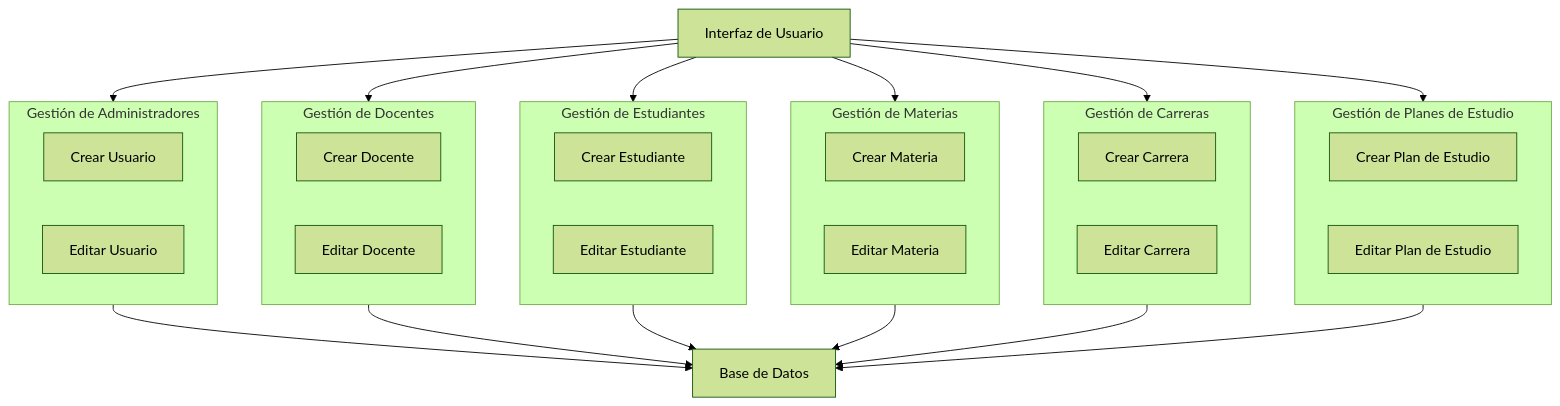
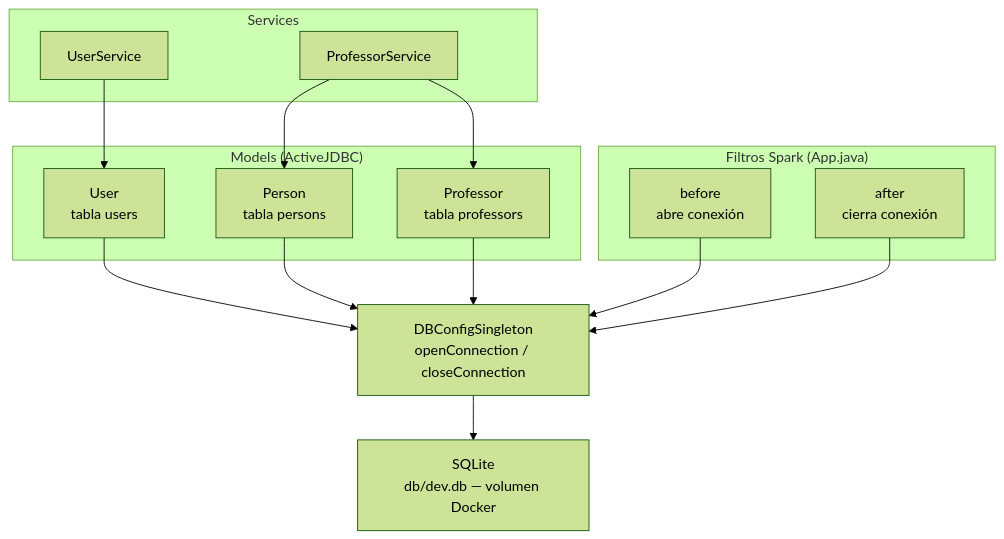
The second of 2 diagrams in Architecture_diagram.md (Ingenieria-Software-2/is2_2026_trabajo_integrador), drawn with Mermaid (forest theme) before and after one commit. The commit also changed other lines of this file, not shown here.

Commit message:
Refactor architecture diagram with components, routes, controller and persistence layer

````diff
--- a/Architecture_diagram.md
+++ b/Architecture_diagram.md
@@ -1,52 +38,32 @@
-``` mermaid
+```mermaid
 flowchart TD
-    UI["Interfaz de Usuario"]
-
-    subgraph S1 ["Gestión de Administradores"]
-        CU["Crear Usuario"]
-        EU["Editar Usuario"]
+    subgraph SERVICES ["Services"]
+        US["UserService"]
+        PS["ProfessorService"]
     end
 
-    subgraph S2 ["Gestión de Docentes"]
-        CD["Crear Docente"]
-        ED["Editar Docente"]
-
+    subgraph MODELS ["Models (ActiveJDBC)"]
+        MU["User\ntabla users"]
+        MP["Person\ntabla persons"]
+        MPR["Professor\ntabla professors"]
     end
 
-    subgraph S3 ["Gestión de Estudiantes"]
-        CE["Crear Estudiante"]
-        EE["Editar Estudiante"]
+    subgraph FILTERS ["Filtros Spark (App.java)"]
+        BF["before\nabre conexión"]
+        AF["after\ncierra conexión"]
     end
 
-    subgraph S4 ["Gestión de Materias"]
-        CM["Crear Materia"]
-        EM["Editar Materia"]
-    end
+    DB["DBConfigSingleton\nopenConnection / closeConnection"]
+    SQLite["SQLite\ndb/dev.db — volumen Docker"]
 
-    subgraph S5 ["Gestión de Carreras"]
-        CC["Crear Carrera"]
-        EC["Editar Carrera"]
-    end
-
-    subgraph S6["Gestión de Planes de Estudio"]
-        CPE["Crear Plan de Estudio"]
-        EPE["Editar Plan de Estudio"]
-    end
-
-    DB["Base de Datos"]
-
-    UI --> S1
-    UI --> S2
-    UI --> S3
-    UI --> S4
-    UI --> S5
-    UI --> S6
-
-    S1 --> DB
-    S2 --> DB
-    S3 --> DB
-    S4 --> DB
-    S5 --> DB
-    S6 --> DB
+    US --> MU
+    PS --> MP
+    PS --> MPR
+    MU --> DB
+    MP --> DB
+    MPR --> DB
+    BF --> DB
+    AF --> DB
+    DB --> SQLite
 
 ```
````
